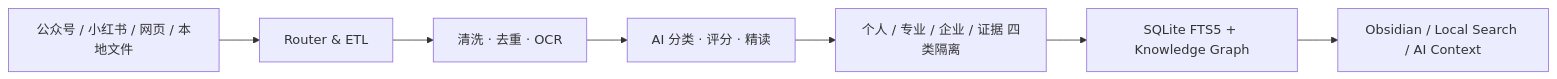
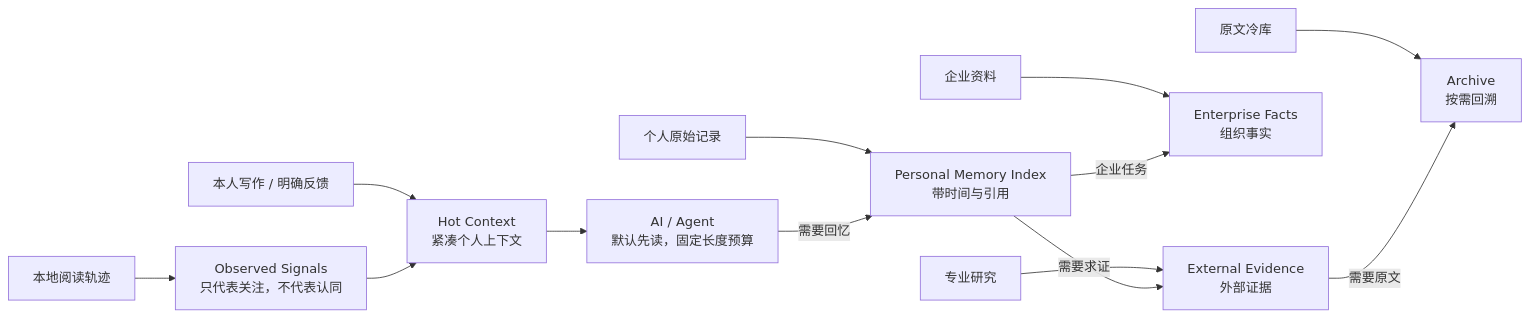
The diagram in README.md (wulie0508-gif/personal-knowledge-hub), drawn with Mermaid before and after one commit. The commit also changed other lines of this file and 17 other files, not shown here.

Commit message:
Add personal context and memory recall layers

````diff
--- a/README.md
+++ b/README.md
@@ -37,9 +27,17 @@
 ```mermaid
 flowchart LR
-    A["公众号 / 小红书 / 网页 / 本地文件"] --> B["Router & ETL"]
-    B --> C["清洗 · 去重 · OCR"]
-    C --> D["AI 分类 · 评分 · 精读"]
-    D --> E["个人 / 专业 / 企业 / 证据 四类隔离"]
-    E --> F["SQLite FTS5 + Knowledge Graph"]
-    F --> G["Obsidian / Local Search / AI Context"]
+    A["本人写作 / 明确反馈"] --> H["Hot Context<br/>紧凑个人上下文"]
+    B["本地阅读轨迹"] --> O["Observed Signals<br/>只代表关注，不代表认同"]
+    O --> H
+    H --> AI["AI / Agent<br/>默认先读，固定长度预算"]
+
+    C["个人原始记录"] --> M["Personal Memory Index<br/>带时间与引用"]
+    D["专业研究"] --> R["External Evidence<br/>外部证据"]
+    E["企业资料"] --> X["Enterprise Facts<br/>组织事实"]
+    F["原文冷库"] --> Z["Archive<br/>按需回溯"]
+
+    AI -->|"需要回忆"| M
+    M -->|"需要求证"| R
+    M -->|"企业任务"| X
+    R -->|"需要原文"| Z
 ```
````
